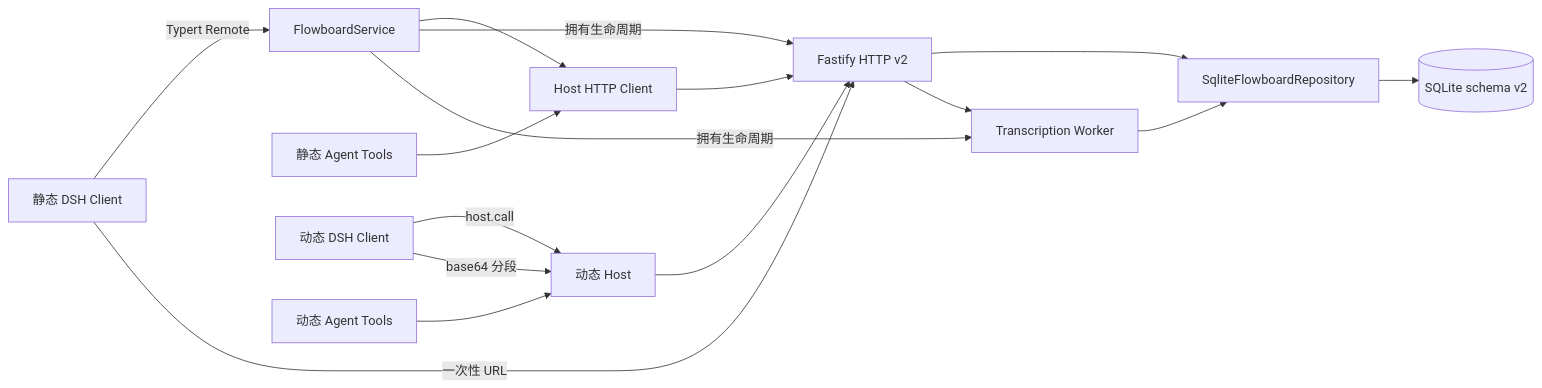
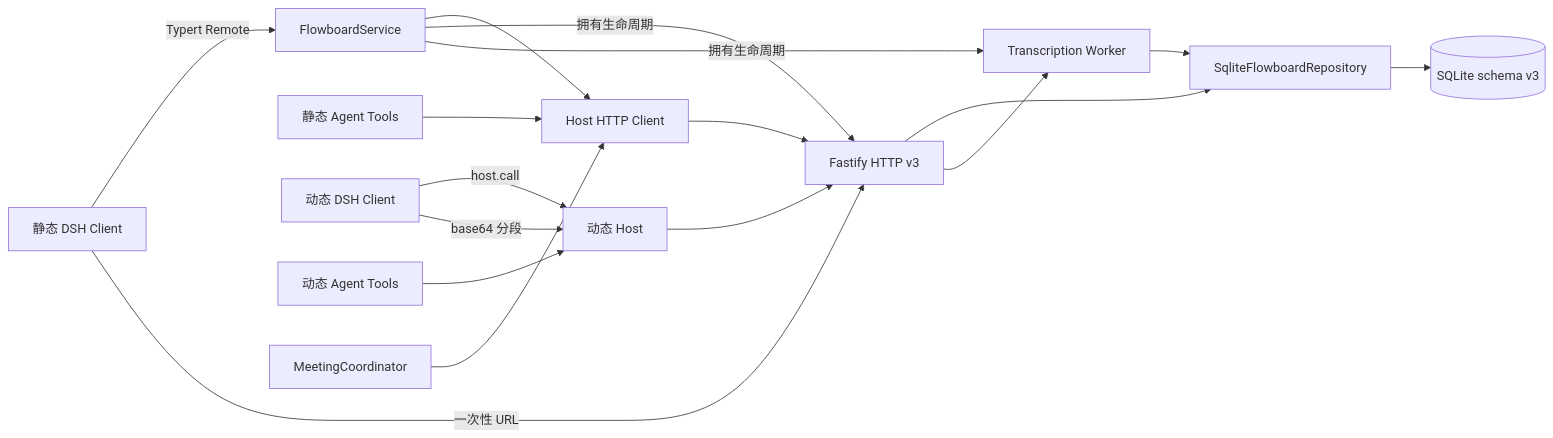
The first of 2 diagrams in docs/architecture/system-overview.md (Untidy-cocoabutter173/Flowboard), drawn with Mermaid before and after one commit. The commit also changed other lines of this file and 24 other files, not shown here.

````diff
--- a/docs/architecture/system-overview.md
+++ b/docs/architecture/system-overview.md
@@ -11,18 +11,19 @@
 ```mermaid
 flowchart LR
   SC[静态 DSH Client] -->|Typert Remote| SS[FlowboardService]
   SA[静态 Agent Tools] --> HC[Host HTTP Client]
   SS --> HC
   SS -->|拥有生命周期| API
   SS -->|拥有生命周期| WORKER
   DC[动态 DSH Client] -->|host.call| DH[动态 Host]
   DA[动态 Agent Tools] --> DH
-  HC --> API[Fastify HTTP v2]
+  CO[MeetingCoordinator] --> HC
+  HC --> API[Fastify HTTP v3]
   DH --> API
   API --> REPO[SqliteFlowboardRepository]
-  REPO --> DB[(SQLite schema v2)]
+  REPO --> DB[(SQLite schema v3)]
   DC -->|base64 分段| DH
   SC -->|一次性 URL| API
   API --> WORKER[Transcription Worker]
   WORKER --> REPO
 ```
````
